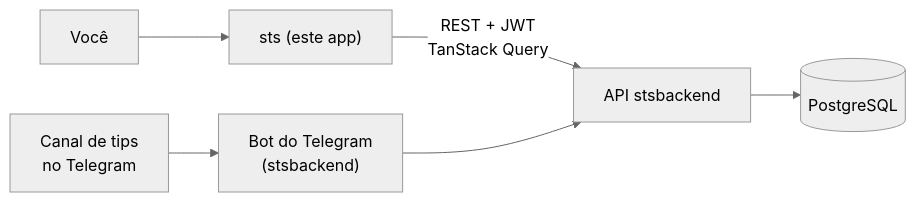
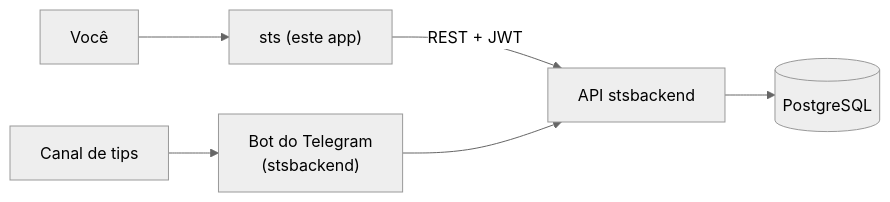
One commit to BrunoPerioto1/sts changed the diagram in README.md. Above: the diagram before and after it, drawn with Mermaid (neutral theme). The commit also changed other lines of this file, not shown here.

````diff
--- a/README.md
+++ b/README.md
@@ -7,8 +7,8 @@
 ```mermaid
 graph LR
     U["Você"] --> UI["sts (este app)"]
-    TG["Canal de tips<br/>no Telegram"] --> BOT["Bot do Telegram<br/>(stsbackend)"]
-    UI -->|"REST + JWT<br/>TanStack Query"| API["API stsbackend"]
+    TG["Canal de tips"] --> BOT["Bot do Telegram<br/>(stsbackend)"]
+    UI -->|"REST + JWT"| API["API stsbackend"]
     BOT --> API
     API --> DB[("PostgreSQL")]
 ```
````
